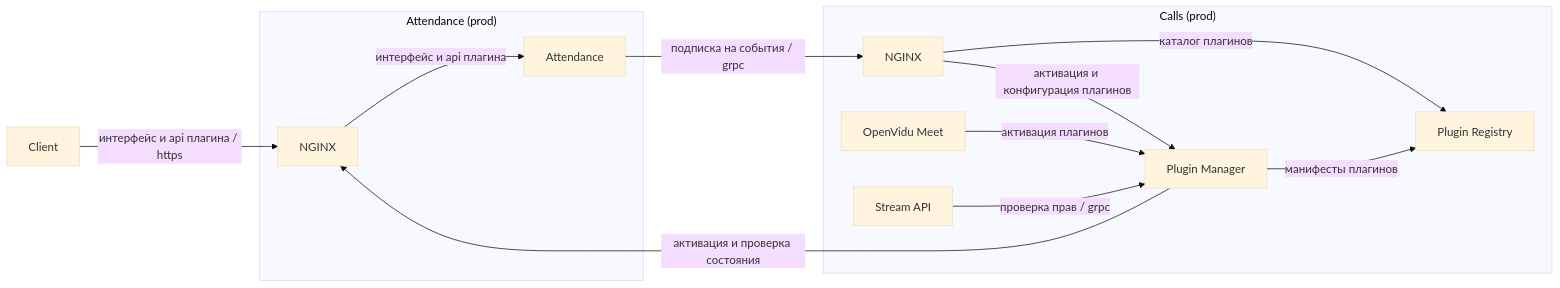
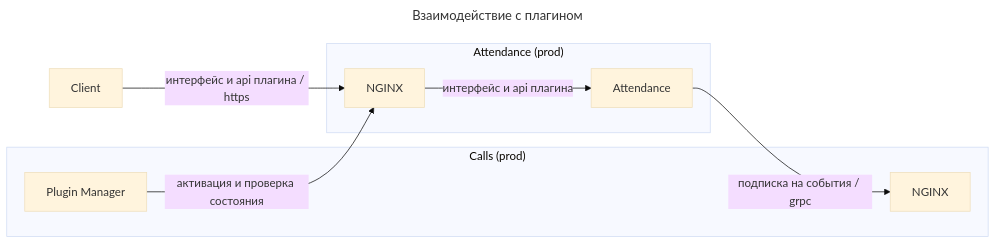
One commit to dwspurpleteam/deployer changed the fourth of 5 diagrams in README.md. Above: the diagram before and after it, drawn with Mermaid (base theme). The commit also changed other lines of this file, not shown here.

Commit message:
Arrange architecture flows left to right

````diff
--- a/README.md
+++ b/README.md
@@ -28,19 +55,16 @@
 ```mermaid
+---
+title: Взаимодействие с плагином
+---
 flowchart LR
   browser[Client] -->|интерфейс и api плагина / https| attendance_nginx
-
   subgraph calls_plugins["Calls (prod)"]
-    proxy[NGINX] -->|активация и конфигурация плагинов| manager[Plugin Manager]
-    proxy -->|каталог плагинов| registry[Plugin Registry]
-    meet[OpenVidu Meet] -->|активация плагинов| manager
-    streamapi[Stream API] -->|проверка прав / grpc| manager
-    manager -->|манифесты плагинов| registry
+    manager[Plugin Manager]
+    proxy[NGINX]
   end
-
   subgraph attendance_prod["Attendance (prod)"]
     attendance_nginx[NGINX] -->|интерфейс и api плагина| attendance[Attendance]
   end
-
   manager -->|активация и проверка состояния| attendance_nginx
   attendance -->|подписка на события / grpc| proxy
 ```
````
